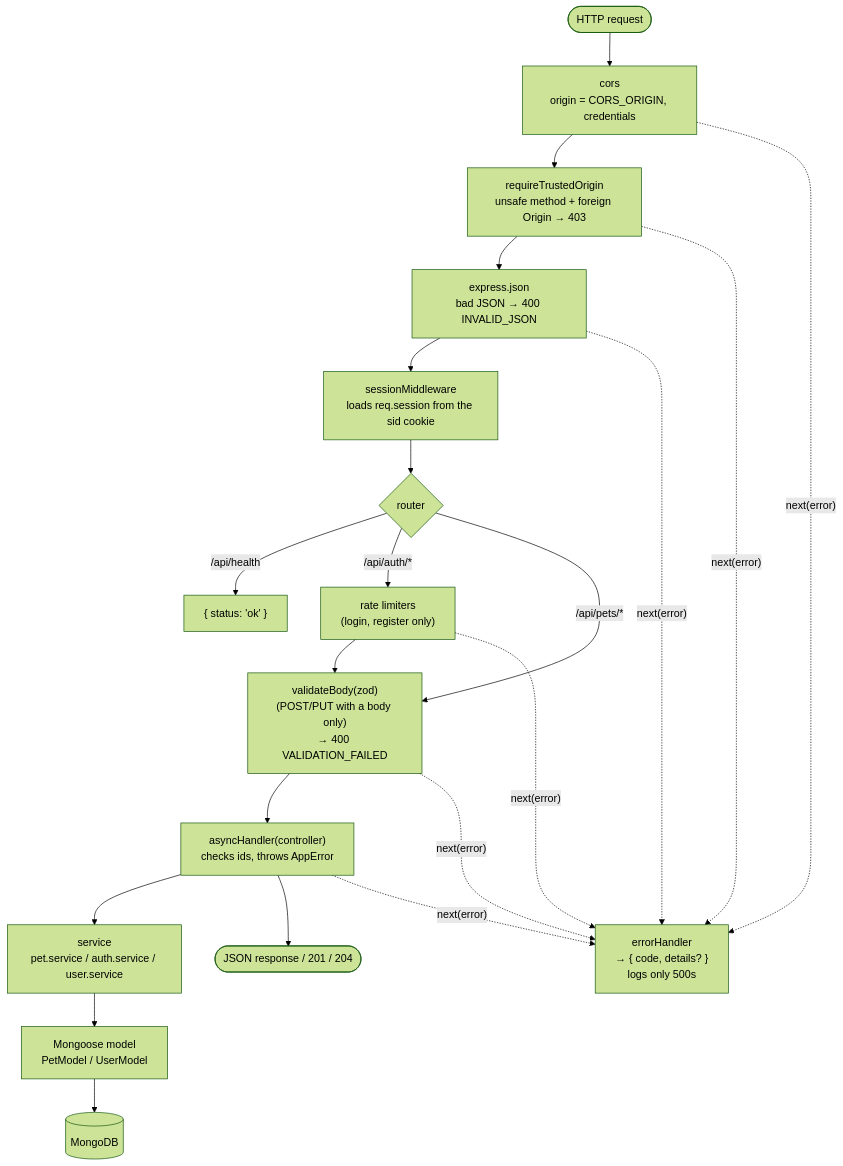
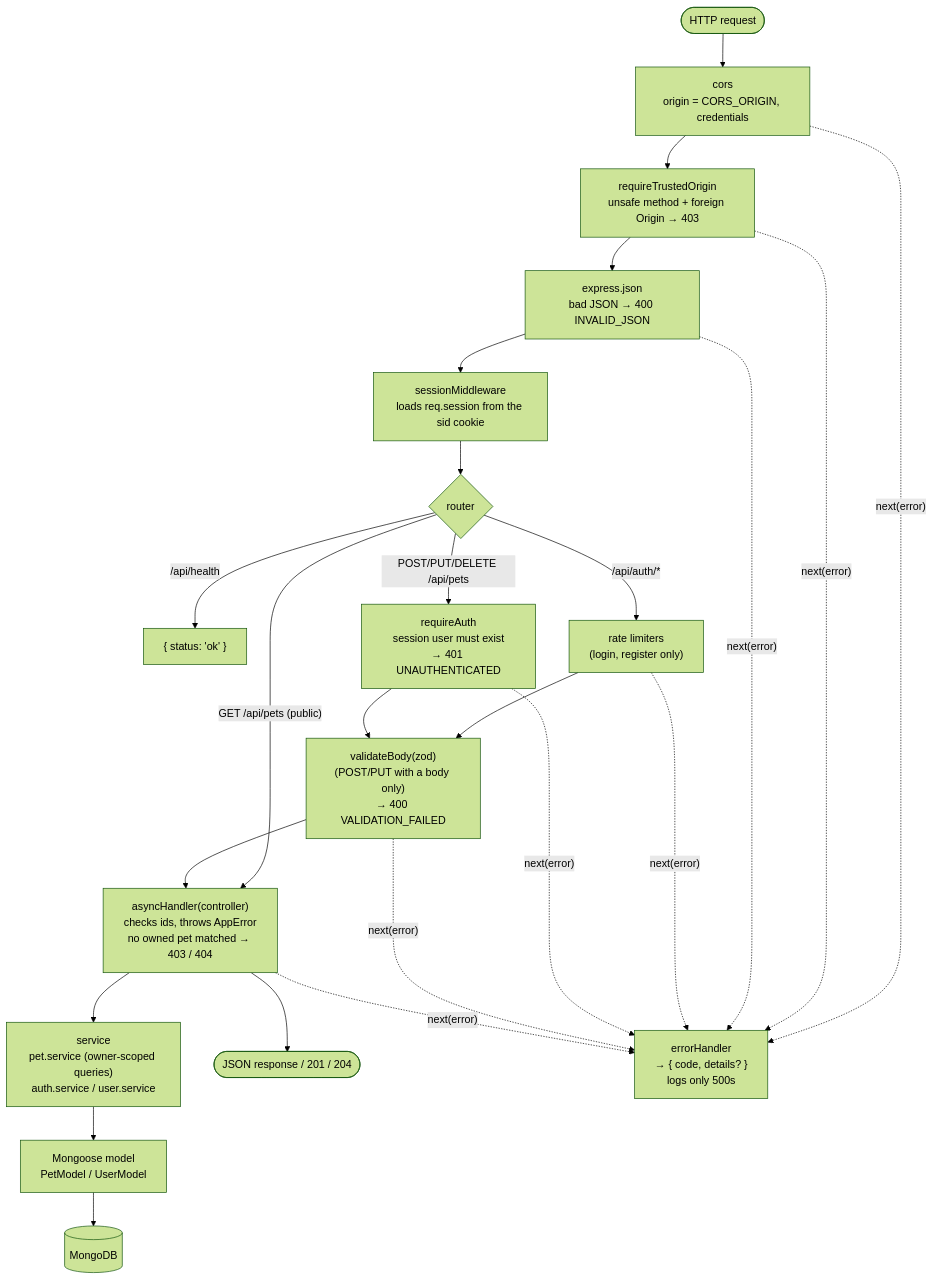
Before and after one commit to BojanSovtic/pet-adoption-system: the third of 7 diagrams in docs/architecture.md, drawn with Mermaid (forest theme). The commit also changed other lines of this file and 23 other files, not shown here.

````diff
--- a/docs/architecture.md
+++ b/docs/architecture.md
@@ -77,21 +80,23 @@
 ```mermaid
 flowchart TB
   req(["HTTP request"]) --> cors["cors<br/>origin = CORS_ORIGIN, credentials"]
   cors --> origin["requireTrustedOrigin<br/>unsafe method + foreign Origin → 403"]
   origin --> json["express.json<br/>bad JSON → 400 INVALID_JSON"]
   json --> session["sessionMiddleware<br/>loads req.session from the sid cookie"]
   session --> router{"router"}
 
   router -- "/api/health" --> health["{ status: 'ok' }"]
   router -- "/api/auth/*" --> rate["rate limiters<br/>(login, register only)"]
-  router -- "/api/pets/*" --> validate
+  router -- "POST/PUT/DELETE /api/pets" --> auth["requireAuth<br/>session user must exist<br/>→ 401 UNAUTHENTICATED"]
+  router -- "GET /api/pets (public)" --> controller
 
   rate --> validate["validateBody(zod)<br/>(POST/PUT with a body only)<br/>→ 400 VALIDATION_FAILED"]
-  validate --> controller["asyncHandler(controller)<br/>checks ids, throws AppError"]
-  controller --> service["service<br/>pet.service / auth.service / user.service"]
+  auth --> validate
+  validate --> controller["asyncHandler(controller)<br/>checks ids, throws AppError<br/>no owned pet matched → 403 / 404"]
+  controller --> service["service<br/>pet.service (owner-scoped queries)<br/>auth.service / user.service"]
   service --> model["Mongoose model<br/>PetModel / UserModel"]
   model --> db[("MongoDB")]
   controller --> ok(["JSON response / 201 / 204"])
 
-  cors & origin & json & rate & validate & controller -. "next(error)" .-> handler["errorHandler<br/>→ { code, details? }<br/>logs only 500s"]
+  cors & origin & json & rate & auth & validate & controller -. "next(error)" .-> handler["errorHandler<br/>→ { code, details? }<br/>logs only 500s"]
 ```
````
